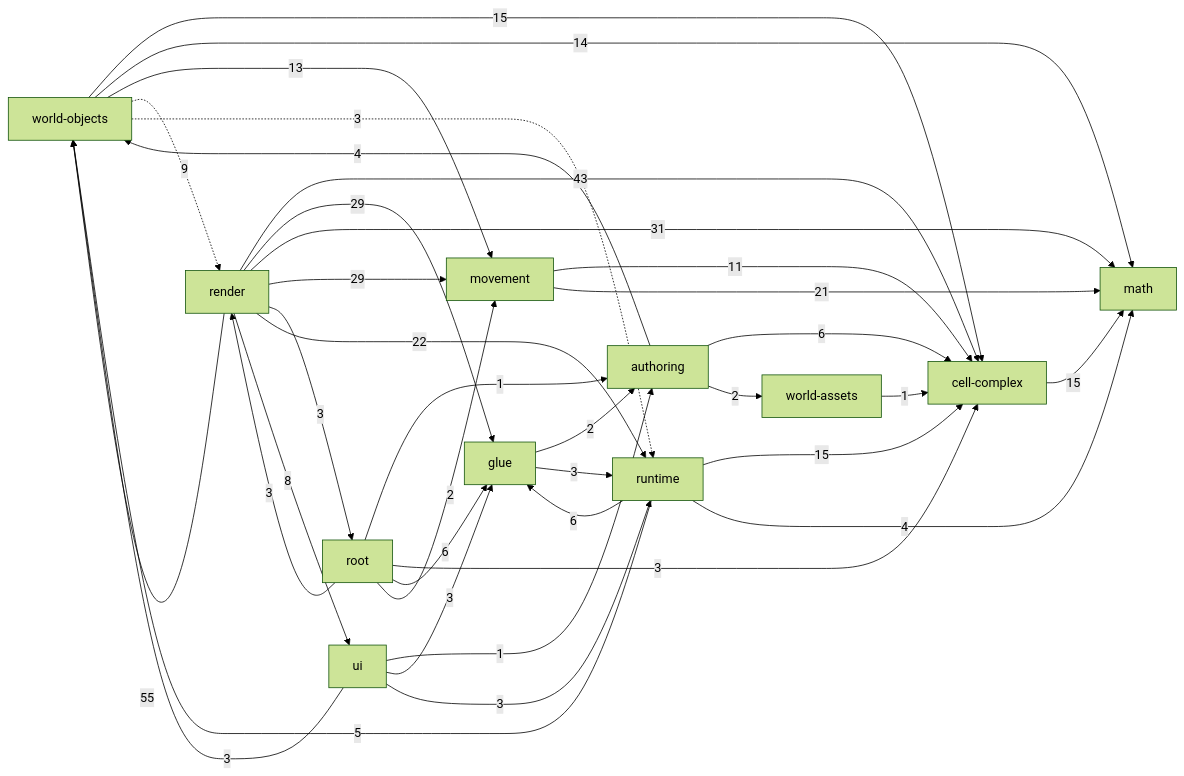
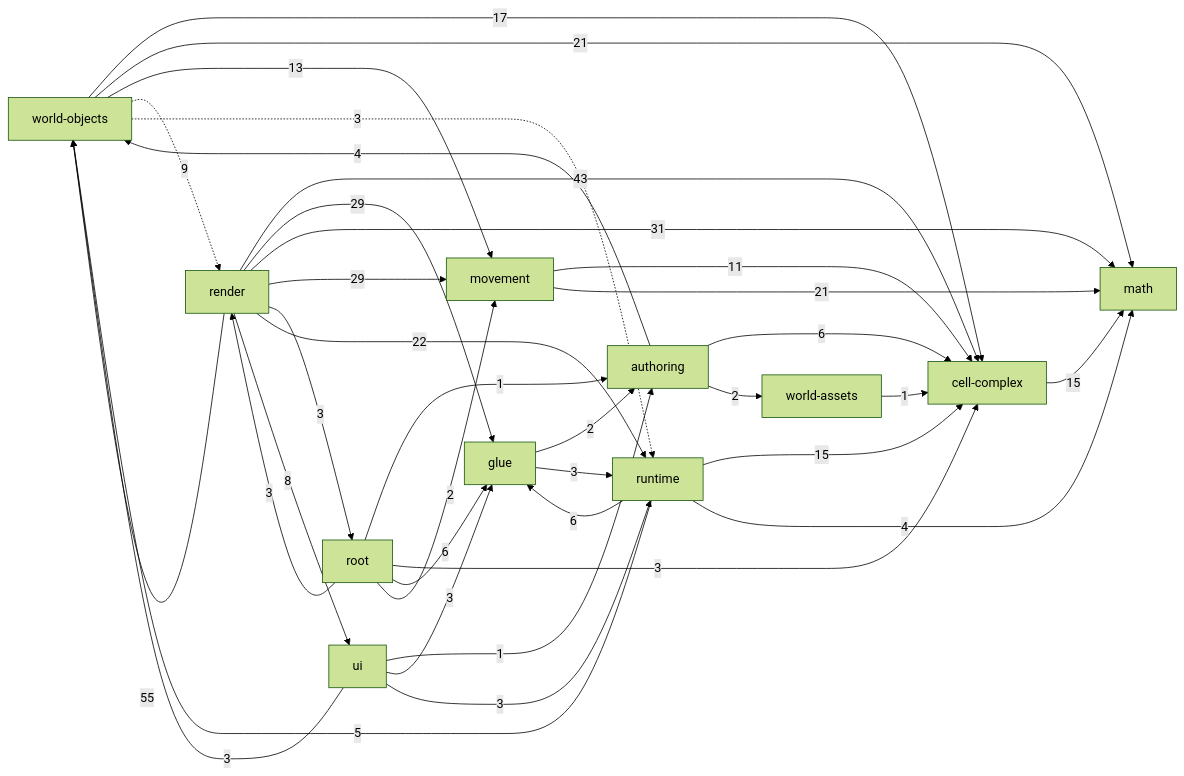
The diagram in _docs/generated/ARCHITECTURE_REFERENCE.md (guraltsev/noneuclid-fpv), drawn with Mermaid (forest theme) before and after one commit. The commit also changed other lines of this file and 11 other files, not shown here.

````diff
--- a/_docs/generated/ARCHITECTURE_REFERENCE.md
+++ b/_docs/generated/ARCHITECTURE_REFERENCE.md
@@ -32,49 +32,49 @@
 ```mermaid
 flowchart LR
   math["math"]
   cell_complex["cell-complex"]
   movement["movement"]
   world_assets["world-assets"]
   world_objects["world-objects"]
   authoring["authoring"]
   runtime["runtime"]
   ui["ui"]
   glue["glue"]
   render["render"]
   root["root"]
   authoring -->|6| cell_complex
   authoring -->|2| world_assets
   authoring -->|4| world_objects
   cell_complex -->|15| math
   glue -->|2| authoring
   glue -->|3| runtime
   movement -->|11| cell_complex
   movement -->|21| math
   render -->|43| cell_complex
   render -->|29| glue
   render -->|31| math
   render -->|29| movement
   render -->|3| root
   render -->|22| runtime
   render -->|8| ui
   render -->|55| world_objects
   root -->|1| authoring
   root -->|3| cell_complex
   root -->|6| glue
   root -->|2| movement
   root -->|3| render
   runtime -->|15| cell_complex
   runtime -->|6| glue
   runtime -->|4| math
   runtime -->|5| world_objects
   ui -->|1| authoring
   ui -->|3| glue
   ui -->|3| runtime
   ui -->|3| world_objects
   world_assets -->|1| cell_complex
-  world_objects -->|15| cell_complex
-  world_objects -->|14| math
+  world_objects -->|17| cell_complex
+  world_objects -->|21| math
   world_objects -->|13| movement
   world_objects -.->|9| render
   world_objects -.->|3| runtime
 ```
````
